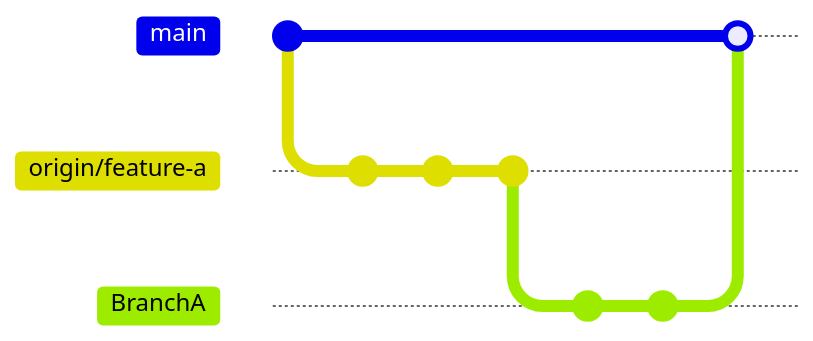
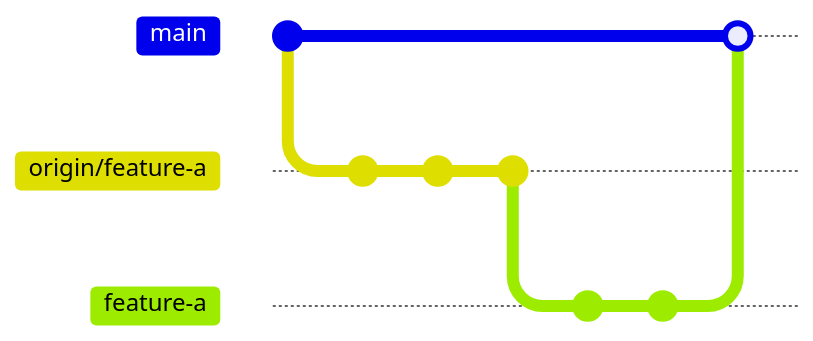
One commit to bjoernricks/git-knowledge-snack changed the diagram in src/concepts/refs-remotes.md. Above: the diagram before and after it, drawn with Mermaid. The commit also changed other lines of this file and 4 other files, not shown here. Commit ids are hidden.

````diff
--- a/src/concepts/refs-remotes.md
+++ b/src/concepts/refs-remotes.md
@@ -5,17 +7,17 @@
 ```{mermaid}
 ---
 caption: Example Git branch from remote
 ---
 gitGraph
     commit
     branch origin/feature-a
     commit
     commit
     commit
-    branch BranchA
-    checkout BranchA
+    branch feature-a
+    checkout feature-a
     commit
     commit
     checkout main
-    merge BranchA
+    merge feature-a
 ```
````
